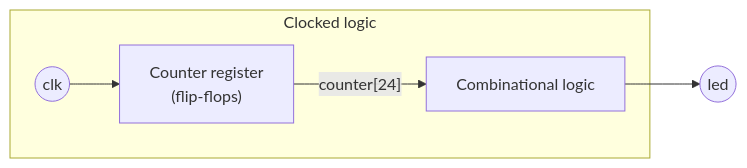
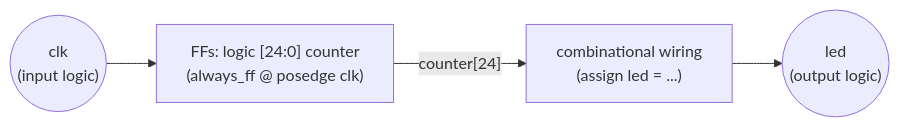
One commit to sokoide/tangnano_6502_cpu changed the third of 3 diagrams in day01_completed/README.md. Above: the diagram before and after it, drawn with Mermaid. The commit also changed other lines of this file and 15 other files, not shown here.

````diff
--- a/day01_completed/README.md
+++ b/day01_completed/README.md
@@ -98,8 +207,6 @@
 ```mermaid
 flowchart LR
-  subgraph Clocked logic
-    clk((clk)) --> ff["Counter register<br/>(flip-flops)"]
-    ff -->|"counter[24]"| comb[Combinational logic]
-  end
-  comb --> led((led))
+  CLK(("clk<br/>(input logic)")) --> FF["FFs: logic [24:0] counter<br/>(always_ff @ posedge clk)"]
+  FF -->|"counter[24]"| COMB["combinational wiring<br/>(assign led = ...)"]
+  COMB --> LED(("led<br/>(output logic)"))
 ```
````
